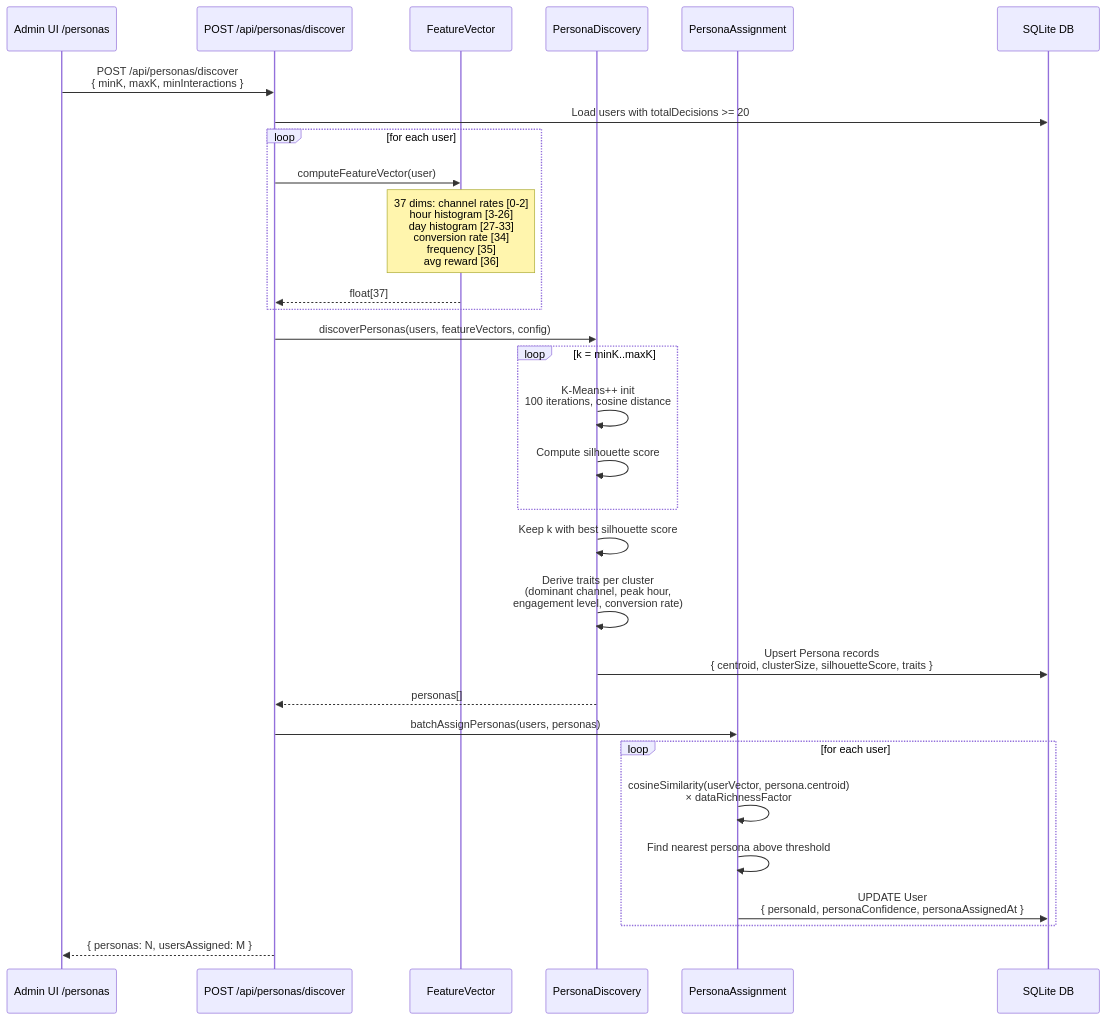
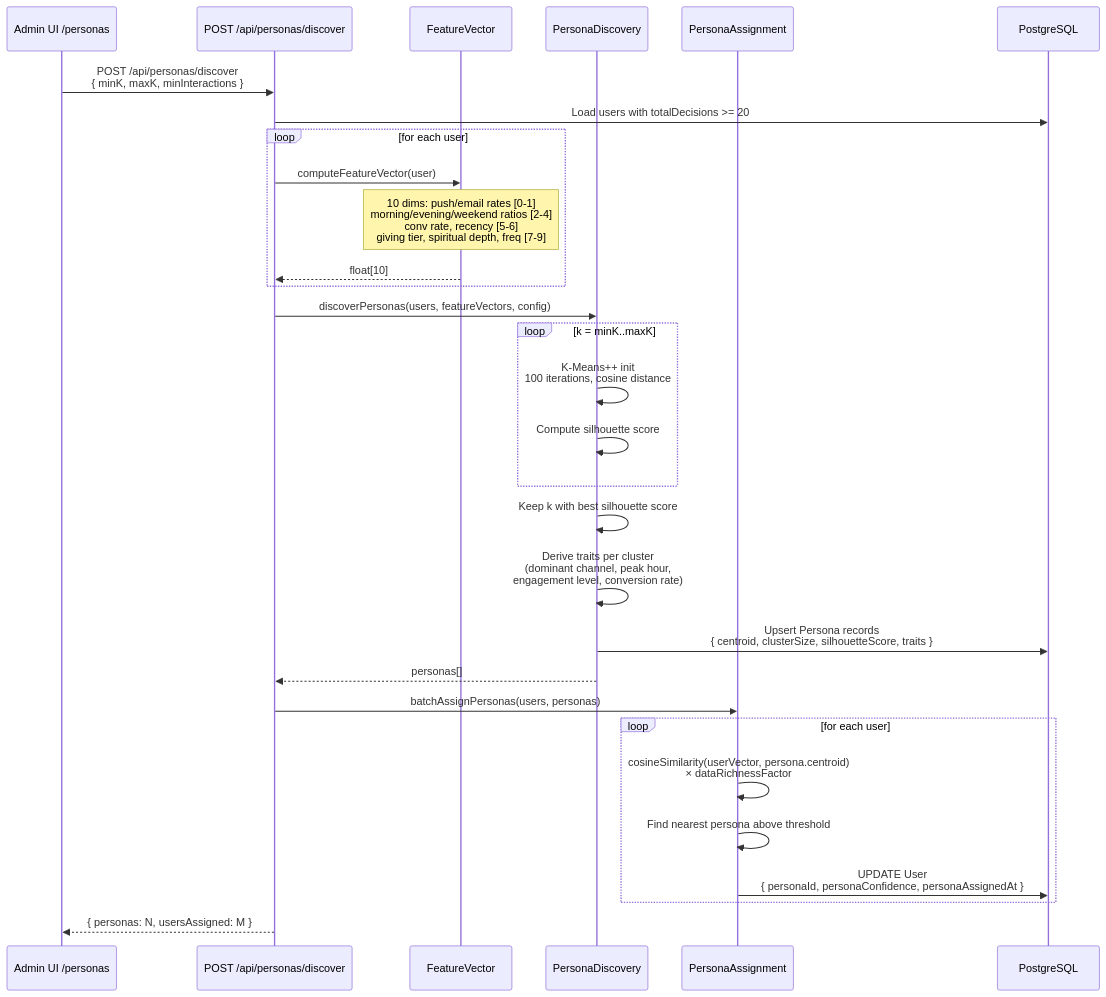
Before and after one commit to ender1311/nexusAi: the fourth of 5 diagrams in docs/data-flows.md, drawn with Mermaid. The commit also changed other lines of this file and 9 other files, not shown here.

First line of the commit message:
docs: update architecture docs for 10-dim feature vector and LinUCB

````diff
--- a/docs/data-flows.md
+++ b/docs/data-flows.md
@@ -96,38 +99,38 @@
 ```mermaid
 sequenceDiagram
     participant ADMIN as Admin UI /personas
     participant API as POST /api/personas/discover
     participant FV as FeatureVector
     participant PD as PersonaDiscovery
     participant PA as PersonaAssignment
-    participant DB as SQLite DB
+    participant DB as PostgreSQL
 
     ADMIN->>API: POST /api/personas/discover<br/>{ minK, maxK, minInteractions }
 
     API->>DB: Load users with totalDecisions >= 20
     loop for each user
         API->>FV: computeFeatureVector(user)
-        Note over FV: 37 dims: channel rates [0-2]<br/>hour histogram [3-26]<br/>day histogram [27-33]<br/>conversion rate [34]<br/>frequency [35]<br/>avg reward [36]
-        FV-->>API: float[37]
+        Note over FV: 10 dims: push/email rates [0-1]<br/>morning/evening/weekend ratios [2-4]<br/>conv rate, recency [5-6]<br/>giving tier, spiritual depth, freq [7-9]
+        FV-->>API: float[10]
     end
 
     API->>PD: discoverPersonas(users, featureVectors, config)
     loop k = minK..maxK
         PD->>PD: K-Means++ init<br/>100 iterations, cosine distance
         PD->>PD: Compute silhouette score
     end
     PD->>PD: Keep k with best silhouette score
     PD->>PD: Derive traits per cluster<br/>(dominant channel, peak hour,<br/>engagement level, conversion rate)
 
     PD->>DB: Upsert Persona records<br/>{ centroid, clusterSize, silhouetteScore, traits }
     PD-->>API: personas[]
 
     API->>PA: batchAssignPersonas(users, personas)
     loop for each user
         PA->>PA: cosineSimilarity(userVector, persona.centroid)<br/>× dataRichnessFactor
         PA->>PA: Find nearest persona above threshold
         PA->>DB: UPDATE User<br/>{ personaId, personaConfidence, personaAssignedAt }
     end
 
     API-->>ADMIN: { personas: N, usersAssigned: M }
 ```
````
